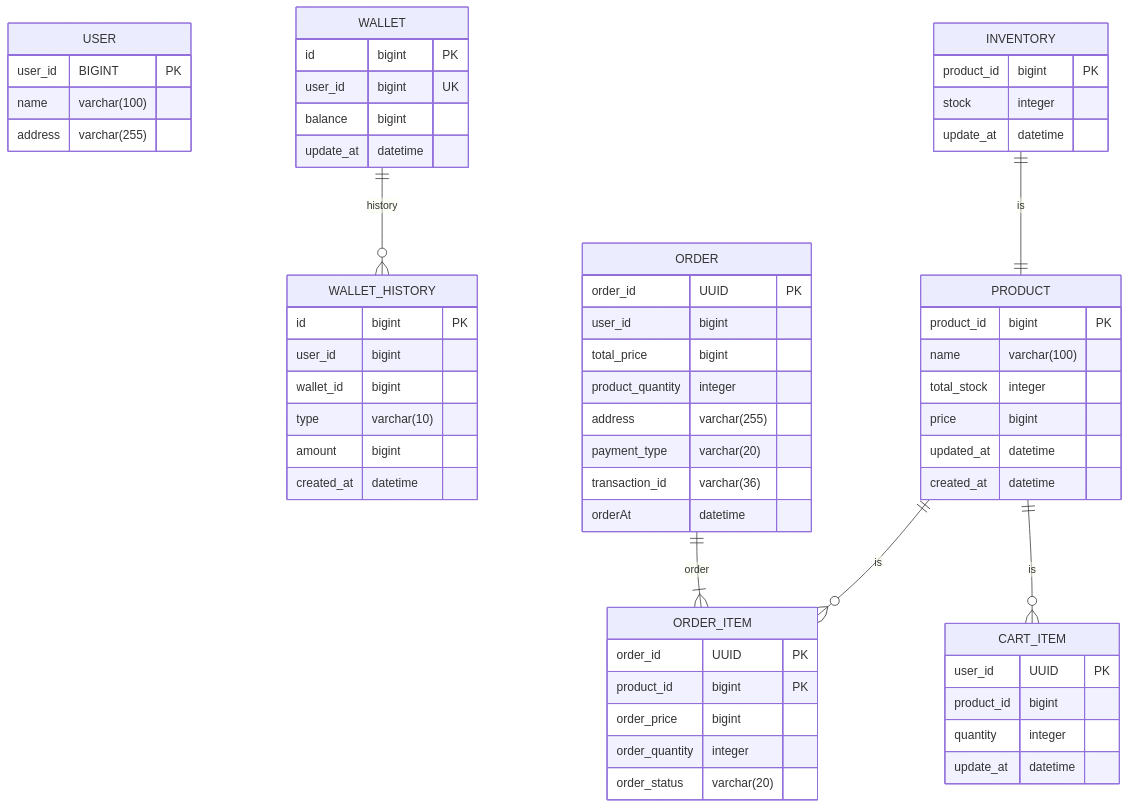
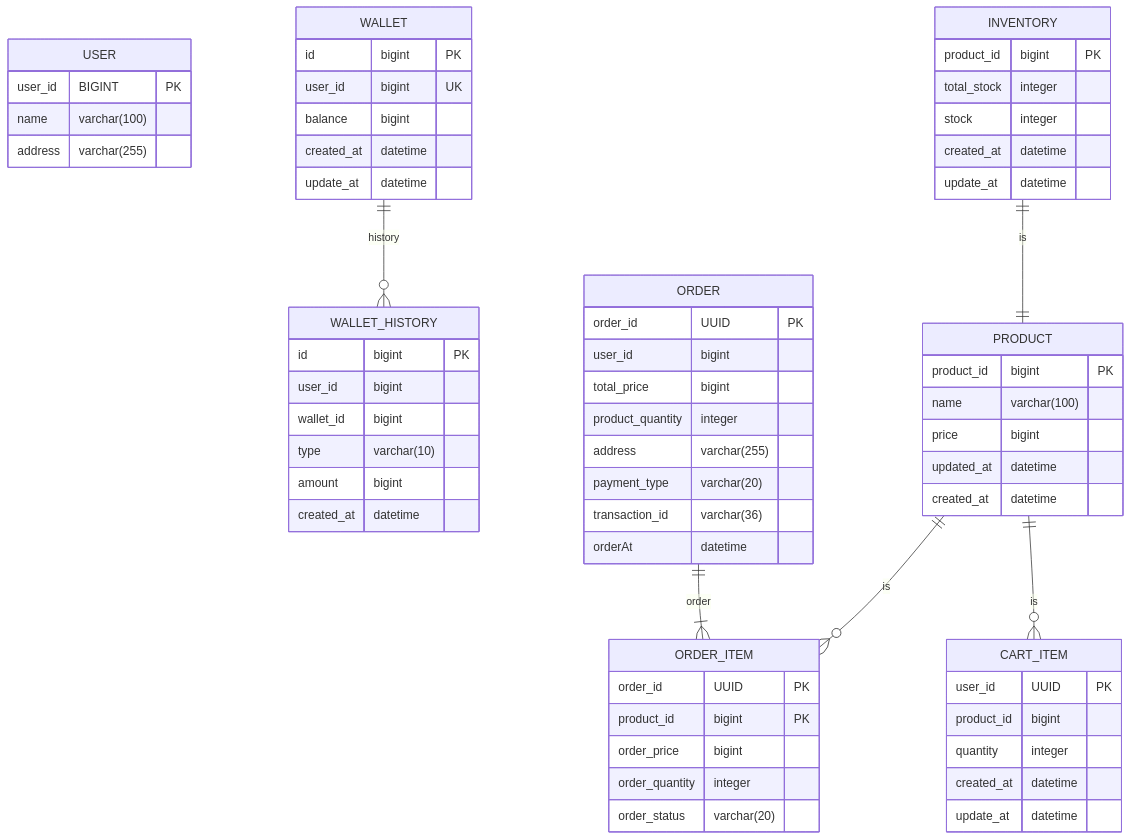
The first of 9 diagrams in README.md (keepbang/hanghae-ecommerce), drawn with Mermaid before and after one commit.

````diff
--- a/README.md
+++ b/README.md
@@ -35,72 +35,75 @@
 ```mermaid
 erDiagram
 	USER {
 		user_id BIGINT PK
 		name varchar(100) 
 		address varchar(255)
 	}
 	
 	WALLET ||--O{ WALLET_HISTORY : history
 	WALLET {
 		id bigint PK
 		user_id bigint UK
-		balance bigint 
+		balance bigint
+		created_at datetime
 		update_at datetime
 	}
 	
 	WALLET_HISTORY {
 		id bigint PK
 		user_id bigint
 		wallet_id bigint
 		type varchar(10)
 		amount bigint
 		created_at datetime
 	}
 	
 	ORDER ||--|{ORDER_ITEM : order
 	ORDER {
 		order_id UUID PK
 		user_id bigint
 		total_price bigint
 		product_quantity integer
 		address varchar(255)
 		payment_type varchar(20)
 		transaction_id varchar(36)
 		orderAt datetime
 	}
 	
 	PRODUCT ||--o{ ORDER_ITEM : is
 	ORDER_ITEM {
 		order_id UUID PK
 		product_id bigint PK
 		order_price bigint
 		order_quantity integer
 		order_status varchar(20)
 	}
 
 
 	INVENTORY ||--|| PRODUCT : is	
 	INVENTORY {
 		product_id bigint PK
+		total_stock integer
 		stock integer
+		created_at datetime
 		update_at datetime
 	}
 	
 	PRODUCT ||--o{ CART_ITEM : is
 	PRODUCT {
 		product_id bigint PK
 		name varchar(100)
-		total_stock integer
 		price bigint
 		updated_at datetime
 		created_at datetime
 	}
 	
 	CART_ITEM {
 		user_id UUID PK
 		product_id bigint
 		quantity integer
+		created_at datetime
 		update_at datetime
 	}
 	
 ```
````
